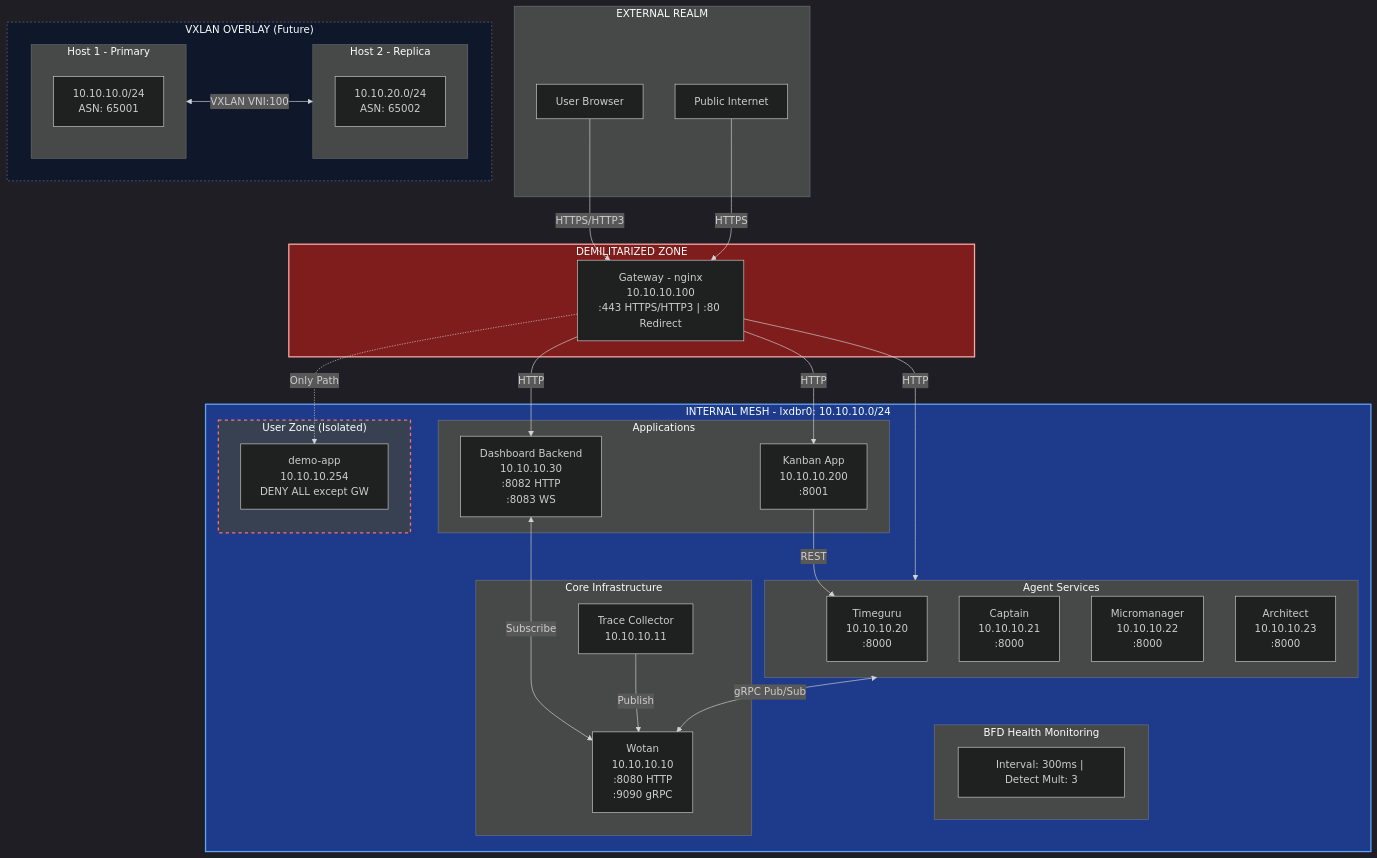
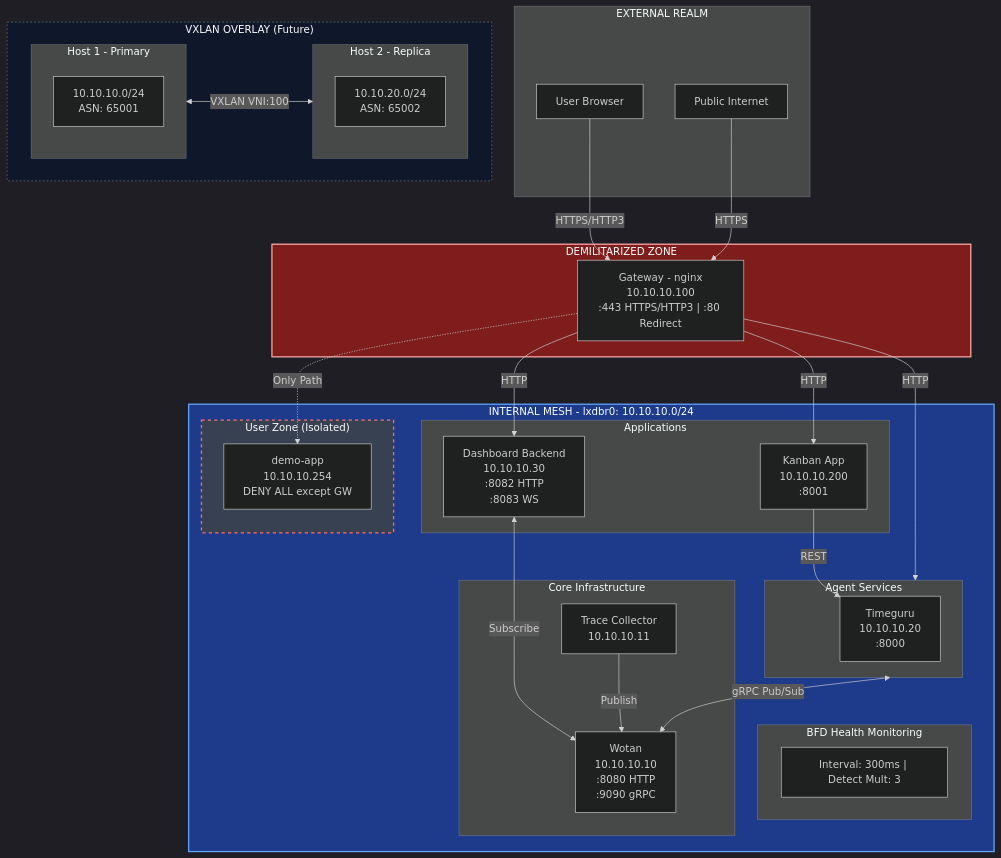
Before and after one commit to unheaded/unheaded: the fourth of 6 diagrams in docs/architecture/KINGDOM_ARCHITECTURE.md, drawn with Mermaid. The commit also changed other lines of this file and 14 other files, not shown here.

````diff
--- a/docs/architecture/KINGDOM_ARCHITECTURE.md
+++ b/docs/architecture/KINGDOM_ARCHITECTURE.md
@@ -784,67 +763,64 @@
 ```mermaid
 %%{init: {'theme': 'dark'}}%%
 flowchart TB
     subgraph EXTERNAL["EXTERNAL REALM"]
         BROWSER["User Browser"]
         INTERNET["Public Internet"]
     end
 
     subgraph DMZ["DEMILITARIZED ZONE"]
         GW["Gateway - nginx<br/>10.10.10.100<br/>:443 HTTPS/HTTP3 | :80 Redirect"]
     end
 
     subgraph MESH["INTERNAL MESH - lxdbr0: 10.10.10.0/24"]
         subgraph BFD["BFD Health Monitoring"]
             BFD_DESC["Interval: 300ms | Detect Mult: 3"]
         end
 
         subgraph CORE["Core Infrastructure"]
             WOTAN["Wotan<br/>10.10.10.10<br/>:8080 HTTP<br/>:9090 gRPC"]
             TRACE["Trace Collector<br/>10.10.10.11"]
         end
 
         subgraph AGENTS["Agent Services"]
             TIME["Timeguru<br/>10.10.10.20<br/>:8000"]
-            CAP["Captain<br/>10.10.10.21<br/>:8000"]
-            MICRO["Micromanager<br/>10.10.10.22<br/>:8000"]
-            ARCH["Architect<br/>10.10.10.23<br/>:8000"]
         end
 
         subgraph APPS["Applications"]
             DASH["Dashboard Backend<br/>10.10.10.30<br/>:8082 HTTP<br/>:8083 WS"]
             KANBAN["Kanban App<br/>10.10.10.200<br/>:8001"]
         end
 
         subgraph ISOLATED["User Zone (Isolated)"]
             DEMO["demo-app<br/>10.10.10.254<br/>DENY ALL except GW"]
         end
     end
 
     subgraph FUTURE["VXLAN OVERLAY (Future)"]
         subgraph H1["Host 1 - Primary"]
             H1_NET["10.10.10.0/24<br/>ASN: 65001"]
         end
         subgraph H2["Host 2 - Replica"]
             H2_NET["10.10.20.0/24<br/>ASN: 65002"]
         end
         H1 <-->|VXLAN VNI:100| H2
     end
 
     BROWSER -->|HTTPS/HTTP3| GW
     INTERNET -->|HTTPS| GW
 
     GW -->|HTTP| KANBAN
     GW -->|HTTP| DASH
     GW -->|HTTP| AGENTS
     GW -.->|Only Path| DEMO
 
     AGENTS <-->|gRPC Pub/Sub| WOTAN
     DASH <-->|Subscribe| WOTAN
     TRACE -->|Publish| WOTAN
     KANBAN -->|REST| TIME
 
     style DMZ fill:#7f1d1d,stroke:#fca5a5,stroke-width:2px
     style MESH fill:#1e3a8a,stroke:#60a5fa,stroke-width:2px
     style ISOLATED fill:#374151,stroke:#f87171,stroke-width:2px,stroke-dasharray: 5 5
     style FUTURE fill:#0f172a,stroke:#6b7280,stroke-width:1px,stroke-dasharray: 3 3
 ```
````
